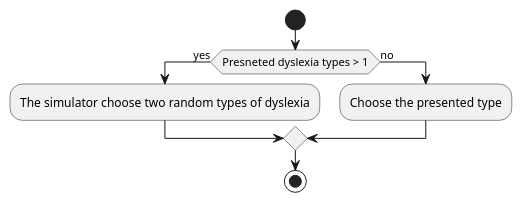
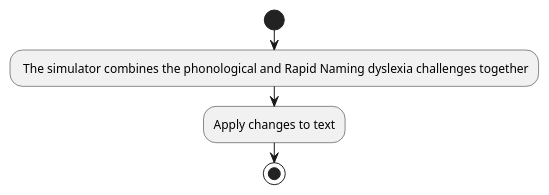
The diagram in diagrams/flow_diagrams/doubleDeficit.puml (Muhammed-als/Dyslexia-Simulator), drawn with PlantUML before and after one commit. The commit also changed 9 other files, not shown here.

Commit message:
flow diagrams are updated

```diff
--- a/diagrams/flow_diagrams/doubleDeficit.puml
+++ b/diagrams/flow_diagrams/doubleDeficit.puml
@@ -1,10 +1,6 @@
-@startuml
+@startuml Double Deficit
 start 
-if(Presneted dyslexia types > 1) then (yes)
-    :The simulator choose two random types of dyslexia;
-else (no)
-    :Choose the presented type;
-endif 
-
+: The simulator combines the phonological and Rapid Naming dyslexia challenges together;
+:Apply changes to text;
 stop
 @enduml
```
